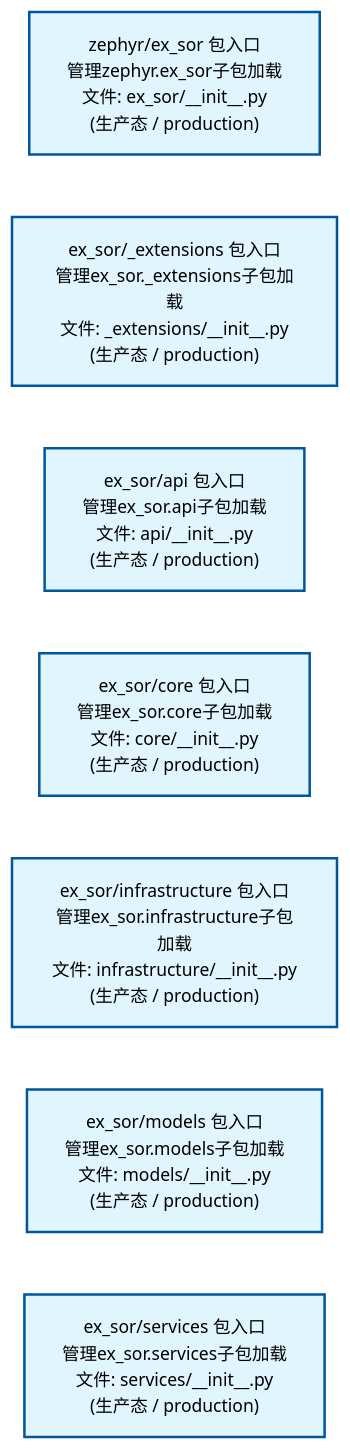
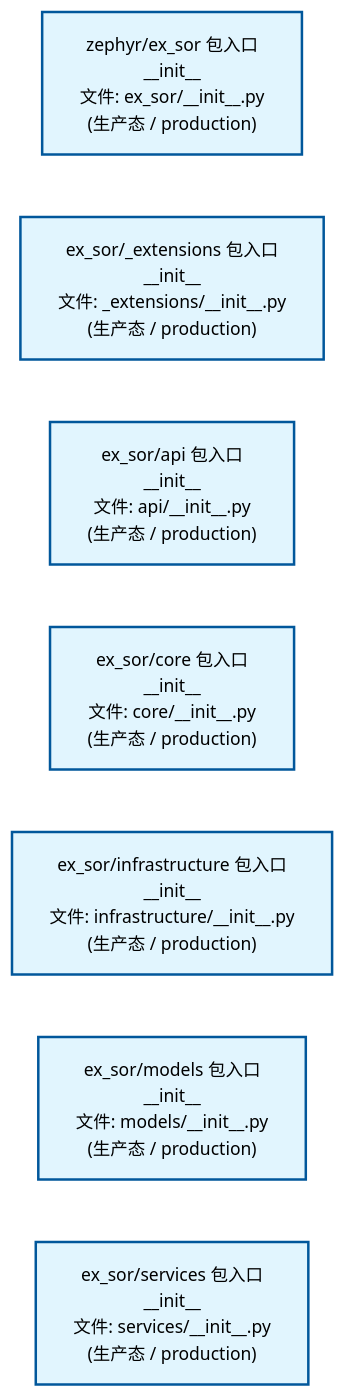
Before and after one commit to xuanFelixVan/ZephyrAlpha: the second of 4 diagrams in docs/02_enterprise_architecture/02_domain_architecture_docs/45_d_ex_sor.md, drawn with Mermaid. The commit also changed other lines of this file and 56 other files, not shown here.

````diff
--- a/docs/02_enterprise_architecture/02_domain_architecture_docs/45_d_ex_sor.md
+++ b/docs/02_enterprise_architecture/02_domain_architecture_docs/45_d_ex_sor.md
@@ -111,22 +111,22 @@
 ```mermaid
 %%{init: {'theme': 'base', 'themeVariables': {'primaryColor': '#eaeaea', 'primaryTextColor': '#333333', 'primaryBorderColor': '#666666', 'lineColor': '#666666', 'secondaryColor': '#eaeaea', 'tertiaryColor': '#eaeaea', 'fontSize': '14px'}}}%%
 flowchart TD
-    src_zephyr_ex_sor_init_py["zephyr/ex_sor 包入口<br/>管理zephyr.ex_sor子包加载<br/>文件: ex_sor/__init__.py<br/>(生产态 / production)"]
-    src_zephyr_ex_sor_extensions_init_py["ex_sor/_extensions 包入口<br/>管理ex_sor._extensions子包加载<br/>文件: _extensions/__init__.py<br/>(生产态 / production)"]
-    src_zephyr_ex_sor_api_init_py["ex_sor/api 包入口<br/>管理ex_sor.api子包加载<br/>文件: api/__init__.py<br/>(生产态 / production)"]
-    src_zephyr_ex_sor_core_init_py["ex_sor/core 包入口<br/>管理ex_sor.core子包加载<br/>文件: core/__init__.py<br/>(生产态 / production)"]
-    src_zephyr_ex_sor_infrastructure_init_py["ex_sor/infrastructure 包入口<br/>管理ex_sor.infrastructure子包加载<br/>文件: infrastructure/__init__.py<br/>(生产态 / production)"]
-    src_zephyr_ex_sor_models_init_py["ex_sor/models 包入口<br/>管理ex_sor.models子包加载<br/>文件: models/__init__.py<br/>(生产态 / production)"]
-    src_zephyr_ex_sor_services_init_py["ex_sor/services 包入口<br/>管理ex_sor.services子包加载<br/>文件: services/__init__.py<br/>(生产态 / production)"]
+    src_zephyr_ex_sor_init_py["zephyr/ex_sor 包入口<br/>__init__<br/>文件: ex_sor/__init__.py<br/>(生产态 / production)"]
+    src_zephyr_ex_sor_extensions_init_py["ex_sor/_extensions 包入口<br/>__init__<br/>文件: _extensions/__init__.py<br/>(生产态 / production)"]
+    src_zephyr_ex_sor_api_init_py["ex_sor/api 包入口<br/>__init__<br/>文件: api/__init__.py<br/>(生产态 / production)"]
+    src_zephyr_ex_sor_core_init_py["ex_sor/core 包入口<br/>__init__<br/>文件: core/__init__.py<br/>(生产态 / production)"]
+    src_zephyr_ex_sor_infrastructure_init_py["ex_sor/infrastructure 包入口<br/>__init__<br/>文件: infrastructure/__init__.py<br/>(生产态 / production)"]
+    src_zephyr_ex_sor_models_init_py["ex_sor/models 包入口<br/>__init__<br/>文件: models/__init__.py<br/>(生产态 / production)"]
+    src_zephyr_ex_sor_services_init_py["ex_sor/services 包入口<br/>__init__<br/>文件: services/__init__.py<br/>(生产态 / production)"]
     src_zephyr_ex_sor_init_py ~~~ src_zephyr_ex_sor_extensions_init_py
     src_zephyr_ex_sor_extensions_init_py ~~~ src_zephyr_ex_sor_api_init_py
     src_zephyr_ex_sor_api_init_py ~~~ src_zephyr_ex_sor_core_init_py
     src_zephyr_ex_sor_core_init_py ~~~ src_zephyr_ex_sor_infrastructure_init_py
     src_zephyr_ex_sor_infrastructure_init_py ~~~ src_zephyr_ex_sor_models_init_py
     src_zephyr_ex_sor_models_init_py ~~~ src_zephyr_ex_sor_services_init_py
     classDef production fill:#e1f5fe,stroke:#01579b,stroke-width:2px,color:#000
     classDef design fill:#fff3e0,stroke:#e65100,stroke-width:2px,color:#000,stroke-dasharray: 5 5
     classDef external_prod fill:#e8f4fd,stroke:#0277bd,stroke-width:1px,color:#000
     classDef external_design fill:#fff8e7,stroke:#ef6c00,stroke-width:1px,color:#000,stroke-dasharray: 5 5
     class src_zephyr_ex_sor_init_py,src_zephyr_ex_sor_extensions_init_py,src_zephyr_ex_sor_api_init_py,src_zephyr_ex_sor_core_init_py,src_zephyr_ex_sor_infrastructure_init_py,src_zephyr_ex_sor_models_init_py,src_zephyr_ex_sor_services_init_py production
 ```
````
